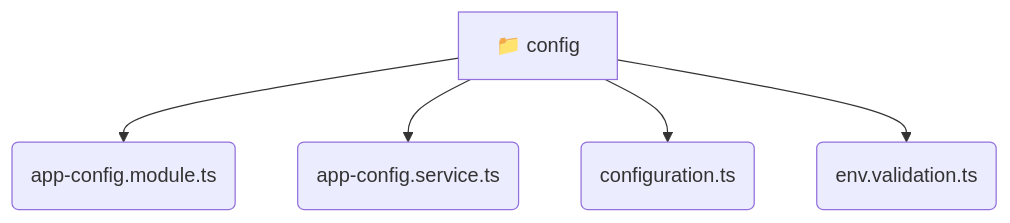
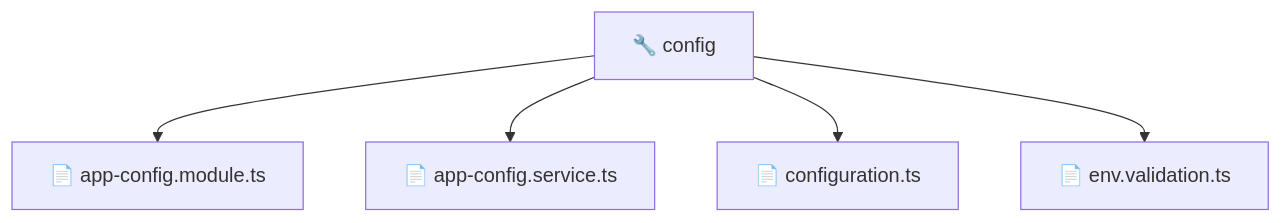
One commit to beginwebdev2002/fullstack-mavluda changed the diagram in backend/src/common/config/README.md. Above: the diagram before and after it, drawn with Mermaid. The commit also changed other lines of this file and 163 other files, not shown here.

````diff
--- a/backend/src/common/config/README.md
+++ b/backend/src/common/config/README.md
@@ -9,8 +9,8 @@
 ```mermaid
 graph TD
-  config[📁 config]
-  config --> config_app_config_module_ts(app-config.module.ts)
-  config --> config_app_config_service_ts(app-config.service.ts)
-  config --> config_configuration_ts(configuration.ts)
-  config --> config_env_validation_ts(env.validation.ts)
+  Root["🔧 config"]
+  Root --> appconfigmodulets["📄 app-config.module.ts"]
+  Root --> appconfigservicets["📄 app-config.service.ts"]
+  Root --> configurationts["📄 configuration.ts"]
+  Root --> envvalidationts["📄 env.validation.ts"]
 ```
````
